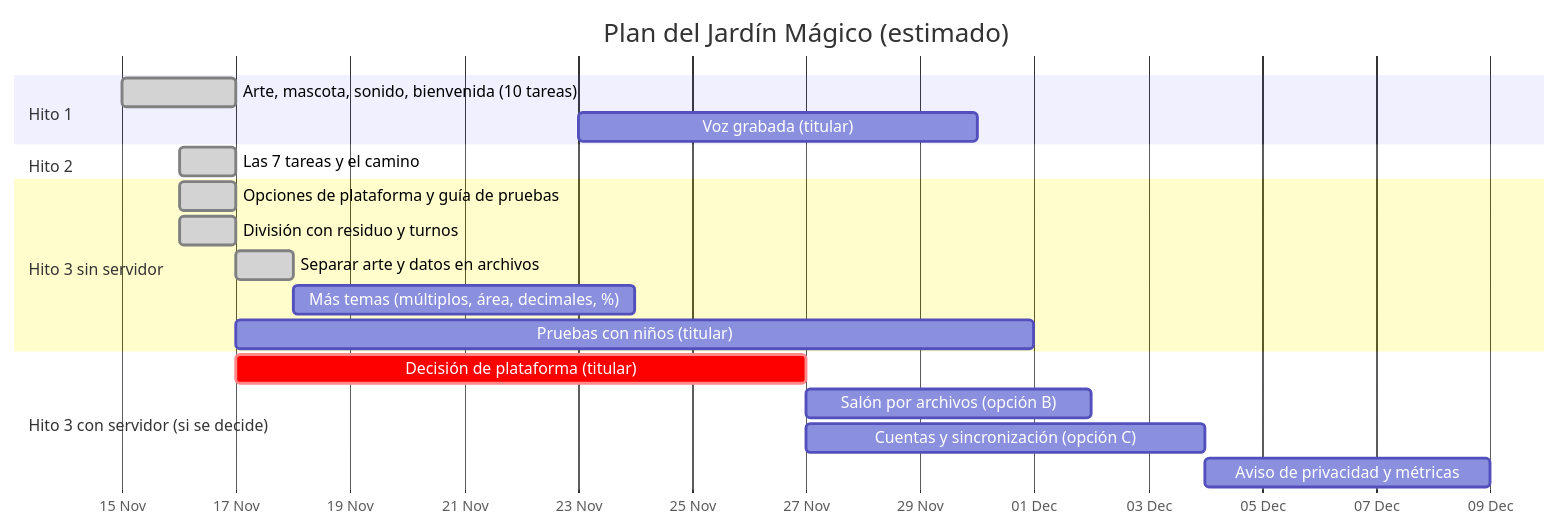
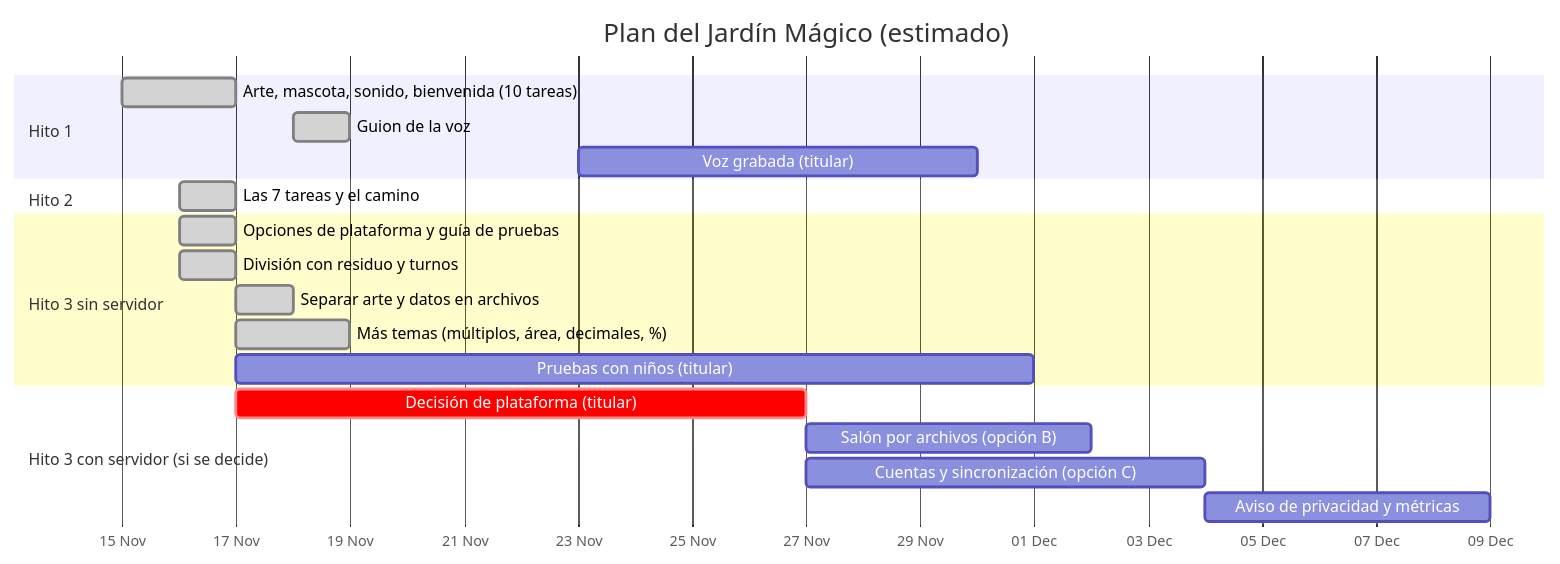
One commit to dleon55/jardin-magico-multiplicaciones changed the first of 2 diagrams in docs/PLAN.md. Above: the diagram before and after it, drawn with Mermaid. The commit also changed other lines of this file and 1 other file, not shown here.

First line of the commit message:
Guion de la voz grabada (#51) y plan al día

````diff
--- a/docs/PLAN.md
+++ b/docs/PLAN.md
@@ -99,22 +110,23 @@
 ```mermaid
 gantt
     title Plan del Jardín Mágico (estimado)
     dateFormat  YYYY-MM-DD
     axisFormat  %d %b
     section Hito 1
     Arte, mascota, sonido, bienvenida (10 tareas)  :done,    h1, 2026-11-15, 2d
+    Guion de la voz                                :done,    h1g, 2026-11-18, 1d
     Voz grabada (titular)                          :         h1v, 2026-11-23, 7d
     section Hito 2
     Las 7 tareas y el camino                       :done,    h2, 2026-11-16, 1d
     section Hito 3 sin servidor
     Opciones de plataforma y guía de pruebas       :done,    h3a, 2026-11-16, 1d
     División con residuo y turnos                  :done,    h3b, 2026-11-16, 1d
     Separar arte y datos en archivos               :done,    h3s, 2026-11-17, 1d
-    Más temas (múltiplos, área, decimales, %)      :         h3t, after h3s, 6d
+    Más temas (múltiplos, área, decimales, %)      :done,    h3t, 2026-11-17, 2d
     Pruebas con niños (titular)                    :         h3n, 2026-11-17, 14d
     section Hito 3 con servidor (si se decide)
     Decisión de plataforma (titular)               :crit,    h3d, 2026-11-17, 10d
     Salón por archivos (opción B)                  :         h3b2, after h3d, 5d
     Cuentas y sincronización (opción C)            :         h3e, after h3d, 7d
     Aviso de privacidad y métricas                 :         h3g, after h3e, 5d
 ```
````
